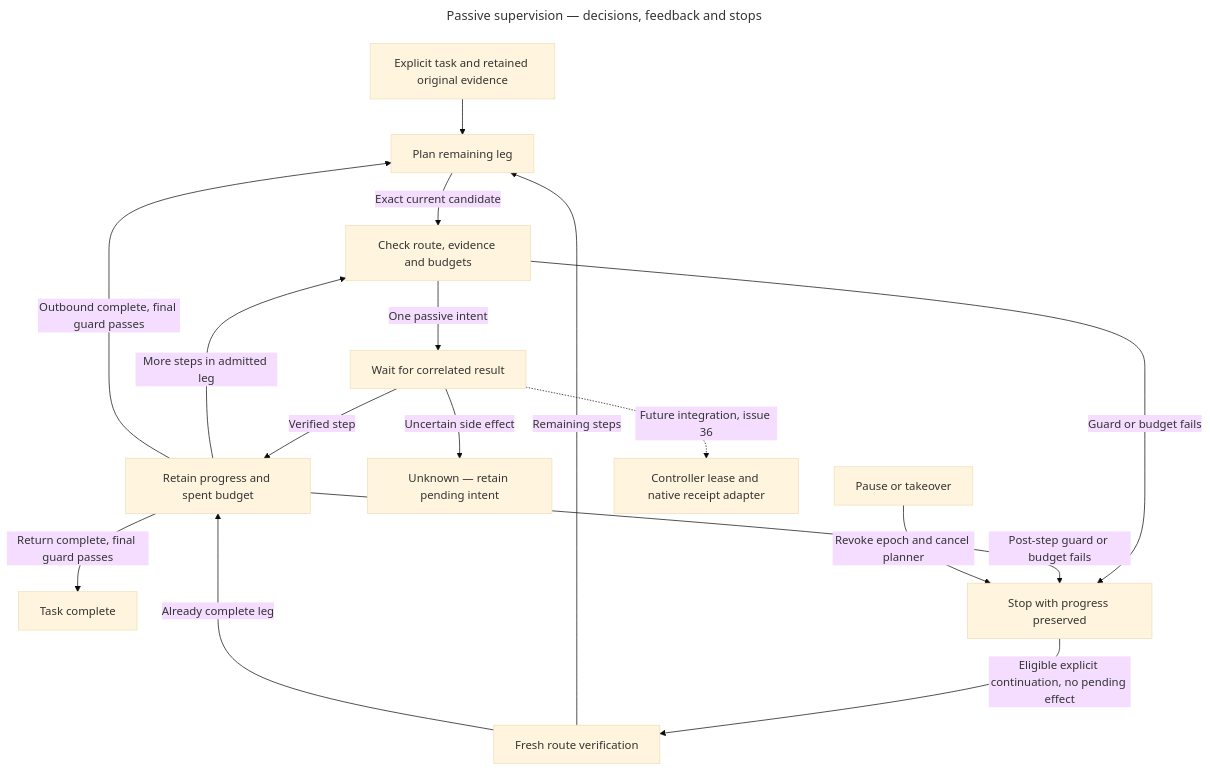
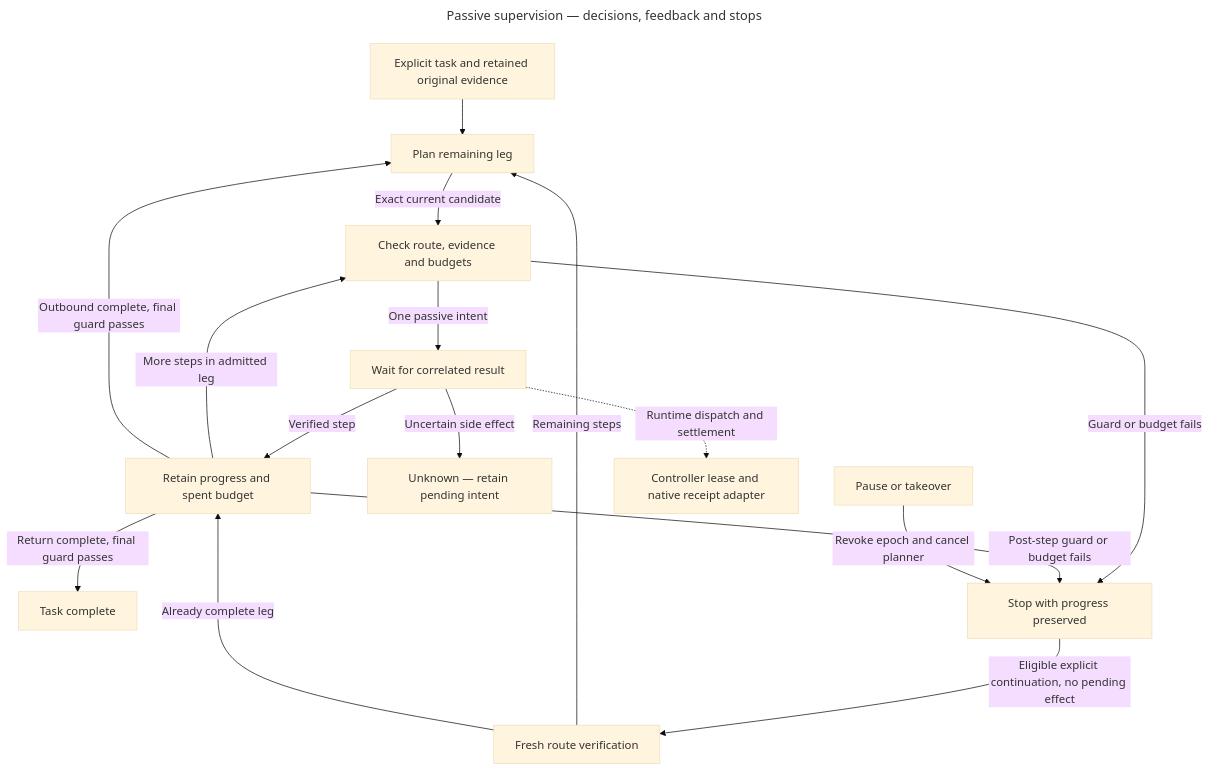
One commit to CVX-Hull/enactive changed the diagram in docs/diagrams/supervisor.mmd. Above: the diagram before and after it, drawn with Mermaid (base theme). The commit also changed 37 other files, not shown here.

First line of the commit message:
Connect a bounded player sub-agent to verified graphical gameplay (#54)

```diff
--- a/docs/diagrams/supervisor.mmd
+++ b/docs/diagrams/supervisor.mmd
@@ -1,21 +1,21 @@
 ---
 title: Passive supervision — decisions, feedback and stops
 ---
 flowchart TD
   accTitle: How a waypoint task plans, verifies and stops
-  accDescr: One explicit task retains its original route and budgets. An injected planner supplies a bound candidate. The supervisor offers one passive intent and waits for a correlated result. Verified outbound completion requires fresh return planning. Pause invalidates the epoch; unknown effects remain unresolved. Actual controller lease and native dispatch integration are future work under issue 36.
+  accDescr: One explicit task retains its original route and budgets. An injected planner supplies a bound candidate. The supervisor offers one passive intent and waits for a correlated result. Verified outbound completion requires fresh return planning. Pause invalidates the epoch; unknown effects remain unresolved. The runtime adapter owns the actual controller lease and native receipt mapping.
   T[Explicit task and retained original evidence] --> P[Plan remaining leg]
   P -->|Exact current candidate| S[Check route, evidence and budgets]
   S -->|One passive intent| I[Wait for correlated result]
   I -->|Verified step| V[Retain progress and spent budget]
   V -->|More steps in admitted leg| S
   V -->|Outbound complete, final guard passes| P
   V -->|Return complete, final guard passes| D[Task complete]
   I -->|Uncertain side effect| U[Unknown — retain pending intent]
   S -->|Guard or budget fails| B[Stop with progress preserved]
   V -->|Post-step guard or budget fails| B
   B -->|Eligible explicit continuation, no pending effect| R[Fresh route verification]
   R -->|Remaining steps| P
   R -->|Already complete leg| V
   X[Pause or takeover] -->|Revoke epoch and cancel planner| B
-  I -.->|Future integration, issue 36| C[Controller lease and native receipt adapter]
+  I -.->|Runtime dispatch and settlement| C[Controller lease and native receipt adapter]
```
